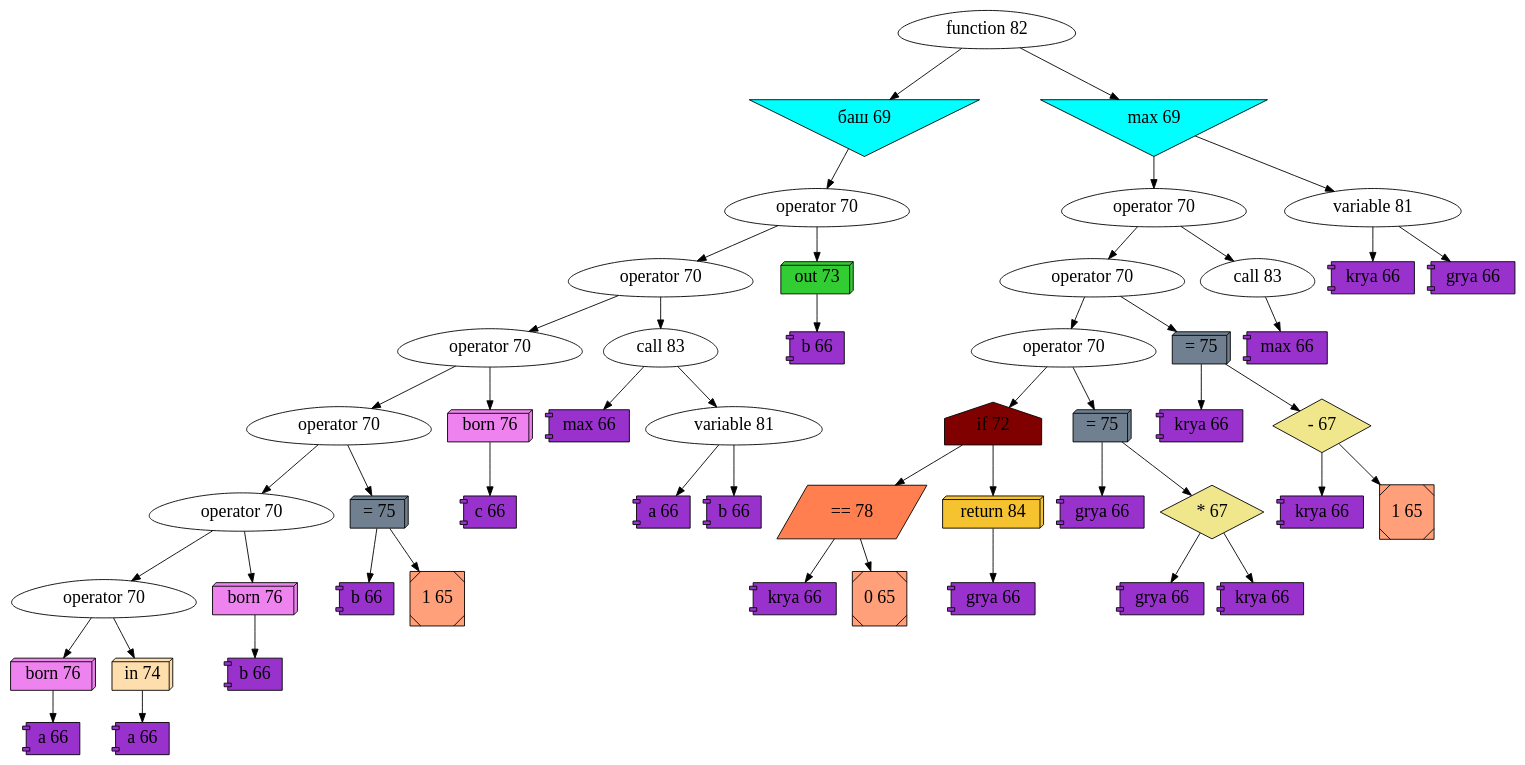
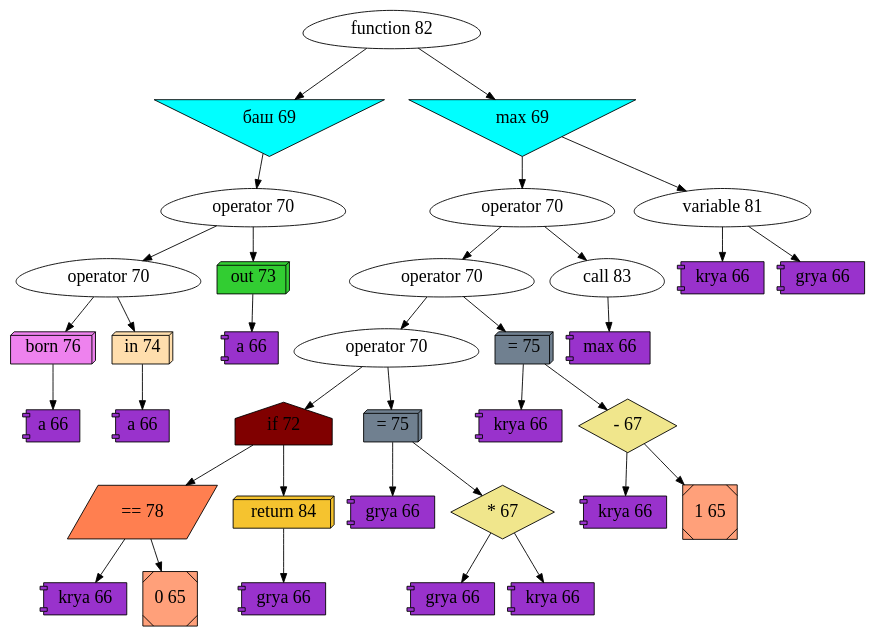
The diagram in binary_trans/Language/dott.dot (Arv1k/2_sem), drawn with Graphviz before and after one commit. The commit also changed 11 other files, not shown here.

```diff
--- a/binary_trans/Language/dott.dot
+++ b/binary_trans/Language/dott.dot
@@ -1,105 +1,73 @@
 digraph {
 	node[color = "#000000", fontsize = 20];
 	edge[color = "#000000", fontsize = 20];
 		hey0[label = "function 82", shape = "egg", color="#000000", style="filled", fillcolor = "#FFFFFF"];
 		hey0->hey1;
 		hey1[label = "баш 69", shape = "invtriangle", color="#000000", style="filled", fillcolor = "#00FFFF"];
 		hey1->hey2;
 		hey2[label = "operator 70", shape = "egg", color="#000000", style="filled", fillcolor = "#FFFFFF"];
 		hey2->hey3;
 		hey3[label = "operator 70", shape = "egg", color="#000000", style="filled", fillcolor = "#FFFFFF"];
 		hey3->hey4;
-		hey4[label = "operator 70", shape = "egg", color="#000000", style="filled", fillcolor = "#FFFFFF"];
+		hey4[label = "born 76", shape = "box3d", color="#000000", style="filled", fillcolor = "#EE82EE"];
 		hey4->hey5;
-		hey5[label = "operator 70", shape = "egg", color="#000000", style="filled", fillcolor = "#FFFFFF"];
-		hey5->hey6;
-		hey6[label = "operator 70", shape = "egg", color="#000000", style="filled", fillcolor = "#FFFFFF"];
+		hey5[label = "a 66", shape = "component", color="#000000", style="filled", fillcolor = "#9932CC"];
+		hey3->hey6;
+		hey6[label = "in 74", shape = "box3d", color="#000000", style="filled", fillcolor = "#FFDEAD"];
 		hey6->hey7;
-		hey7[label = "operator 70", shape = "egg", color="#000000", style="filled", fillcolor = "#FFFFFF"];
-		hey7->hey8;
-		hey8[label = "born 76", shape = "box3d", color="#000000", style="filled", fillcolor = "#EE82EE"];
+		hey7[label = "a 66", shape = "component", color="#000000", style="filled", fillcolor = "#9932CC"];
+		hey2->hey8;
+		hey8[label = "out 73", shape = "box3d", color="#000000", style="filled", fillcolor = "#32CD32"];
 		hey8->hey9;
 		hey9[label = "a 66", shape = "component", color="#000000", style="filled", fillcolor = "#9932CC"];
-		hey7->hey10;
-		hey10[label = "in 74", shape = "box3d", color="#000000", style="filled", fillcolor = "#FFDEAD"];
+		hey0->hey10;
+		hey10[label = "max 69", shape = "invtriangle", color="#000000", style="filled", fillcolor = "#00FFFF"];
 		hey10->hey11;
-		hey11[label = "a 66", shape = "component", color="#000000", style="filled", fillcolor = "#9932CC"];
-		hey6->hey12;
-		hey12[label = "born 76", shape = "box3d", color="#000000", style="filled", fillcolor = "#EE82EE"];
+		hey11[label = "operator 70", shape = "egg", color="#000000", style="filled", fillcolor = "#FFFFFF"];
+		hey11->hey12;
+		hey12[label = "operator 70", shape = "egg", color="#000000", style="filled", fillcolor = "#FFFFFF"];
 		hey12->hey13;
-		hey13[label = "b 66", shape = "component", color="#000000", style="filled", fillcolor = "#9932CC"];
-		hey5->hey14;
-		hey14[label = "= 75", shape = "box3d", color="#000000", style="filled", fillcolor = "#708090"];
+		hey13[label = "operator 70", shape = "egg", color="#000000", style="filled", fillcolor = "#FFFFFF"];
+		hey13->hey14;
+		hey14[label = "if 72", shape = "house", color="#000000", style="filled", fillcolor = "#800000"];
 		hey14->hey15;
-		hey15[label = "b 66", shape = "component", color="#000000", style="filled", fillcolor = "#9932CC"];
-		hey14->hey16;
-		hey16[label = "1 65", shape = "Msquare", color="#000000", style="filled", fillcolor = "#FFA07A"];
-		hey4->hey17;
-		hey17[label = "born 76", shape = "box3d", color="#000000", style="filled", fillcolor = "#EE82EE"];
-		hey17->hey18;
-		hey18[label = "c 66", shape = "component", color="#000000", style="filled", fillcolor = "#9932CC"];
-		hey3->hey19;
-		hey19[label = "call 83", shape = "egg", color="#000000", style="filled", fillcolor = "#FFFFFF"];
-		hey19->hey20;
-		hey20[label = "max 66", shape = "component", color="#000000", style="filled", fillcolor = "#9932CC"];
-		hey19->hey21;
-		hey21[label = "variable 81", shape = "egg", color="#000000", style="filled", fillcolor = "#FFFFFF"];
-		hey21->hey22;
-		hey22[label = "a 66", shape = "component", color="#000000", style="filled", fillcolor = "#9932CC"];
-		hey21->hey23;
-		hey23[label = "b 66", shape = "component", color="#000000", style="filled", fillcolor = "#9932CC"];
-		hey2->hey24;
-		hey24[label = "out 73", shape = "box3d", color="#000000", style="filled", fillcolor = "#32CD32"];
-		hey24->hey25;
-		hey25[label = "b 66", shape = "component", color="#000000", style="filled", fillcolor = "#9932CC"];
-		hey0->hey26;
-		hey26[label = "max 69", shape = "invtriangle", color="#000000", style="filled", fillcolor = "#00FFFF"];
-		hey26->hey27;
-		hey27[label = "operator 70", shape = "egg", color="#000000", style="filled", fillcolor = "#FFFFFF"];
+		hey15[label = "== 78", shape = "parallelogram", color="#000000", style="filled", fillcolor = "#FF7F50"];
+		hey15->hey16;
+		hey16[label = "krya 66", shape = "component", color="#000000", style="filled", fillcolor = "#9932CC"];
+		hey15->hey17;
+		hey17[label = "0 65", shape = "Msquare", color="#000000", style="filled", fillcolor = "#FFA07A"];
+		hey14->hey18;
+		hey18[label = "return 84", shape = "box3d", color="#000000", style="filled", fillcolor = "#F5C32F"];
+		hey18->hey19;
+		hey19[label = "grya 66", shape = "component", color="#000000", style="filled", fillcolor = "#9932CC"];
+		hey13->hey20;
+		hey20[label = "= 75", shape = "box3d", color="#000000", style="filled", fillcolor = "#708090"];
+		hey20->hey21;
+		hey21[label = "grya 66", shape = "component", color="#000000", style="filled", fillcolor = "#9932CC"];
+		hey20->hey22;
+		hey22[label = "* 67", shape = "diamond", color="#000000", style="filled", fillcolor = "#F0E68C"];
+		hey22->hey23;
+		hey23[label = "grya 66", shape = "component", color="#000000", style="filled", fillcolor = "#9932CC"];
+		hey22->hey24;
+		hey24[label = "krya 66", shape = "component", color="#000000", style="filled", fillcolor = "#9932CC"];
+		hey12->hey25;
+		hey25[label = "= 75", shape = "box3d", color="#000000", style="filled", fillcolor = "#708090"];
+		hey25->hey26;
+		hey26[label = "krya 66", shape = "component", color="#000000", style="filled", fillcolor = "#9932CC"];
+		hey25->hey27;
+		hey27[label = "- 67", shape = "diamond", color="#000000", style="filled", fillcolor = "#F0E68C"];
 		hey27->hey28;
-		hey28[label = "operator 70", shape = "egg", color="#000000", style="filled", fillcolor = "#FFFFFF"];
-		hey28->hey29;
-		hey29[label = "operator 70", shape = "egg", color="#000000", style="filled", fillcolor = "#FFFFFF"];
-		hey29->hey30;
-		hey30[label = "if 72", shape = "house", color="#000000", style="filled", fillcolor = "#800000"];
+		hey28[label = "krya 66", shape = "component", color="#000000", style="filled", fillcolor = "#9932CC"];
+		hey27->hey29;
+		hey29[label = "1 65", shape = "Msquare", color="#000000", style="filled", fillcolor = "#FFA07A"];
+		hey11->hey30;
+		hey30[label = "call 83", shape = "egg", color="#000000", style="filled", fillcolor = "#FFFFFF"];
 		hey30->hey31;
-		hey31[label = "== 78", shape = "parallelogram", color="#000000", style="filled", fillcolor = "#FF7F50"];
-		hey31->hey32;
-		hey32[label = "krya 66", shape = "component", color="#000000", style="filled", fillcolor = "#9932CC"];
-		hey31->hey33;
-		hey33[label = "0 65", shape = "Msquare", color="#000000", style="filled", fillcolor = "#FFA07A"];
-		hey30->hey34;
-		hey34[label = "return 84", shape = "box3d", color="#000000", style="filled", fillcolor = "#F5C32F"];
-		hey34->hey35;
-		hey35[label = "grya 66", shape = "component", color="#000000", style="filled", fillcolor = "#9932CC"];
-		hey29->hey36;
-		hey36[label = "= 75", shape = "box3d", color="#000000", style="filled", fillcolor = "#708090"];
-		hey36->hey37;
-		hey37[label = "grya 66", shape = "component", color="#000000", style="filled", fillcolor = "#9932CC"];
-		hey36->hey38;
-		hey38[label = "* 67", shape = "diamond", color="#000000", style="filled", fillcolor = "#F0E68C"];
-		hey38->hey39;
-		hey39[label = "grya 66", shape = "component", color="#000000", style="filled", fillcolor = "#9932CC"];
-		hey38->hey40;
-		hey40[label = "krya 66", shape = "component", color="#000000", style="filled", fillcolor = "#9932CC"];
-		hey28->hey41;
-		hey41[label = "= 75", shape = "box3d", color="#000000", style="filled", fillcolor = "#708090"];
-		hey41->hey42;
-		hey42[label = "krya 66", shape = "component", color="#000000", style="filled", fillcolor = "#9932CC"];
-		hey41->hey43;
-		hey43[label = "- 67", shape = "diamond", color="#000000", style="filled", fillcolor = "#F0E68C"];
-		hey43->hey44;
-		hey44[label = "krya 66", shape = "component", color="#000000", style="filled", fillcolor = "#9932CC"];
-		hey43->hey45;
-		hey45[label = "1 65", shape = "Msquare", color="#000000", style="filled", fillcolor = "#FFA07A"];
-		hey27->hey46;
-		hey46[label = "call 83", shape = "egg", color="#000000", style="filled", fillcolor = "#FFFFFF"];
-		hey46->hey47;
-		hey47[label = "max 66", shape = "component", color="#000000", style="filled", fillcolor = "#9932CC"];
-		hey26->hey48;
-		hey48[label = "variable 81", shape = "egg", color="#000000", style="filled", fillcolor = "#FFFFFF"];
-		hey48->hey49;
-		hey49[label = "krya 66", shape = "component", color="#000000", style="filled", fillcolor = "#9932CC"];
-		hey48->hey50;
-		hey50[label = "grya 66", shape = "component", color="#000000", style="filled", fillcolor = "#9932CC"];
+		hey31[label = "max 66", shape = "component", color="#000000", style="filled", fillcolor = "#9932CC"];
+		hey10->hey32;
+		hey32[label = "variable 81", shape = "egg", color="#000000", style="filled", fillcolor = "#FFFFFF"];
+		hey32->hey33;
+		hey33[label = "krya 66", shape = "component", color="#000000", style="filled", fillcolor = "#9932CC"];
+		hey32->hey34;
+		hey34[label = "grya 66", shape = "component", color="#000000", style="filled", fillcolor = "#9932CC"];
 }
```
